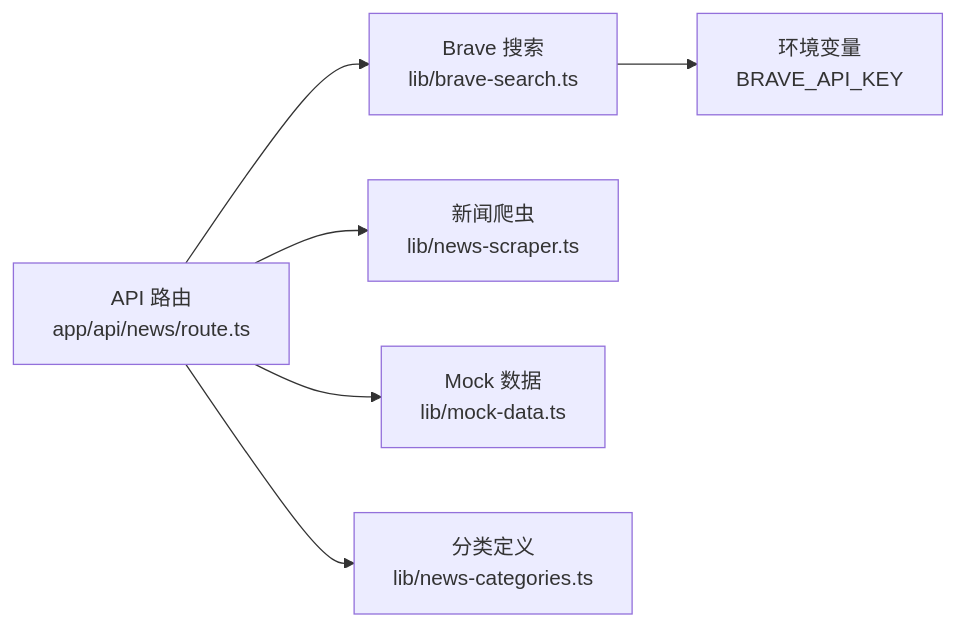
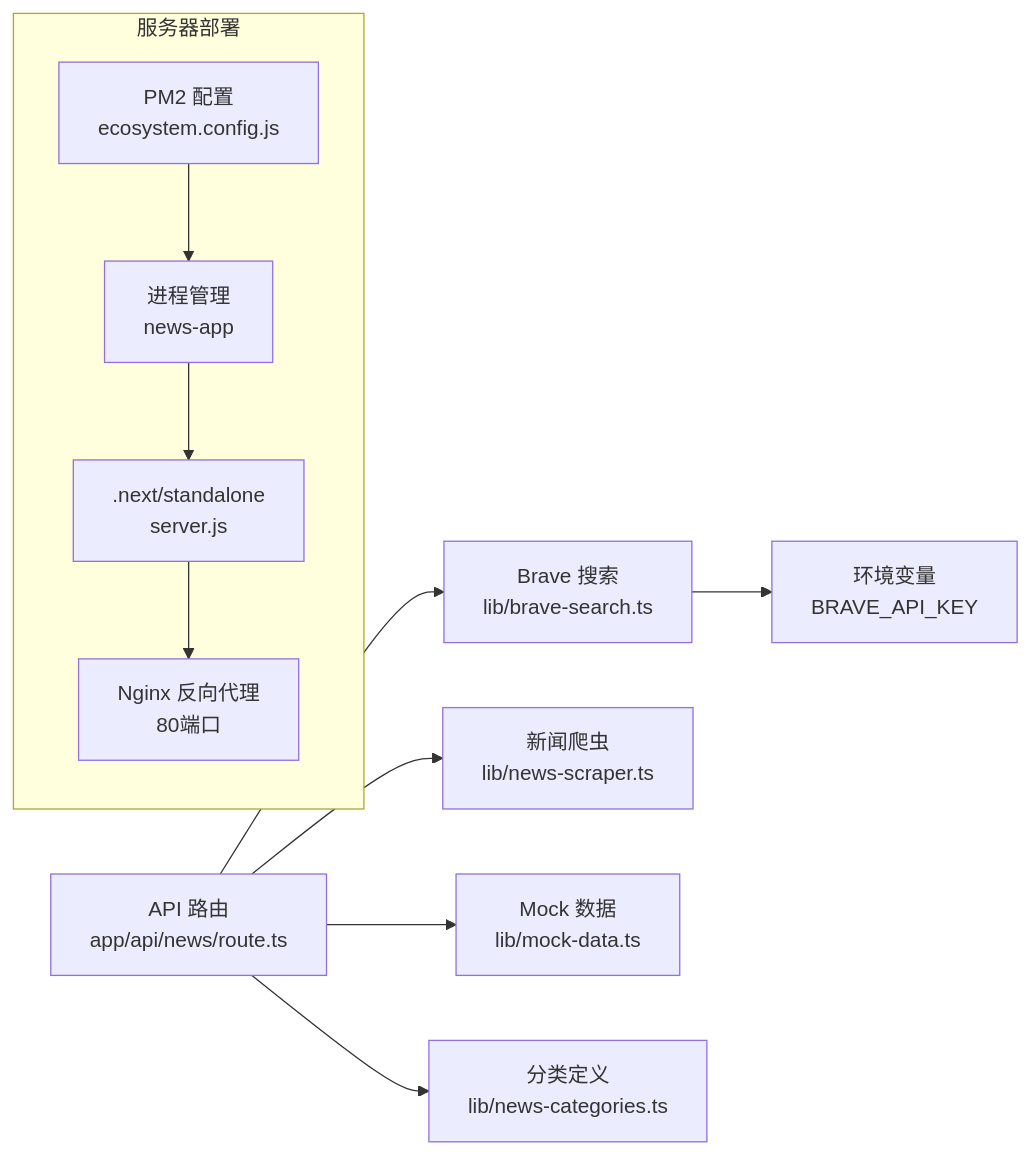
One commit to zuozuoliu740-cmd/xianxiong-news changed the eighth of 8 diagrams in .qoder/repowiki/zh/content/部署和运维/部署和运维.md. Above: the diagram before and after it, drawn with Mermaid. The commit also changed other lines of this file and 27 other files, not shown here.

Commit message:
feat: 新增AI实验室模块 - AI爆品替换工作台(视频替换/商品详情生成/图生视频/英文配音)、我的视频管理、首页入口卡片

````diff
--- a/.qoder/repowiki/zh/content/部署和运维/部署和运维.md
+++ b/.qoder/repowiki/zh/content/部署和运维/部署和运维.md
@@ -306,8 +389,13 @@
 ```mermaid
 graph LR
 Route["API 路由<br/>app/api/news/route.ts"] --> Search["Brave 搜索<br/>lib/brave-search.ts"]
 Route --> Scraper["新闻爬虫<br/>lib/news-scraper.ts"]
 Route --> Mock["Mock 数据<br/>lib/mock-data.ts"]
 Route --> Categories["分类定义<br/>lib/news-categories.ts"]
 Search --> Env["环境变量<br/>BRAVE_API_KEY"]
+subgraph "服务器部署"
+Config["PM2 配置<br/>ecosystem.config.js"] --> Process["进程管理<br/>news-app"]
+Process --> Standalone[".next/standalone<br/>server.js"]
+Standalone --> Nginx["Nginx 反向代理<br/>80端口"]
+end
 ```
````
